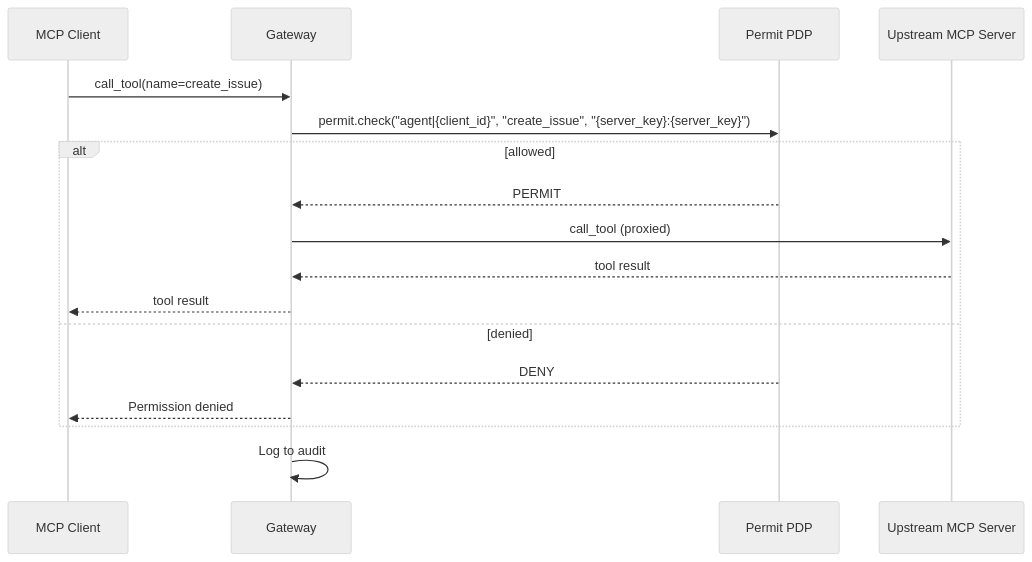
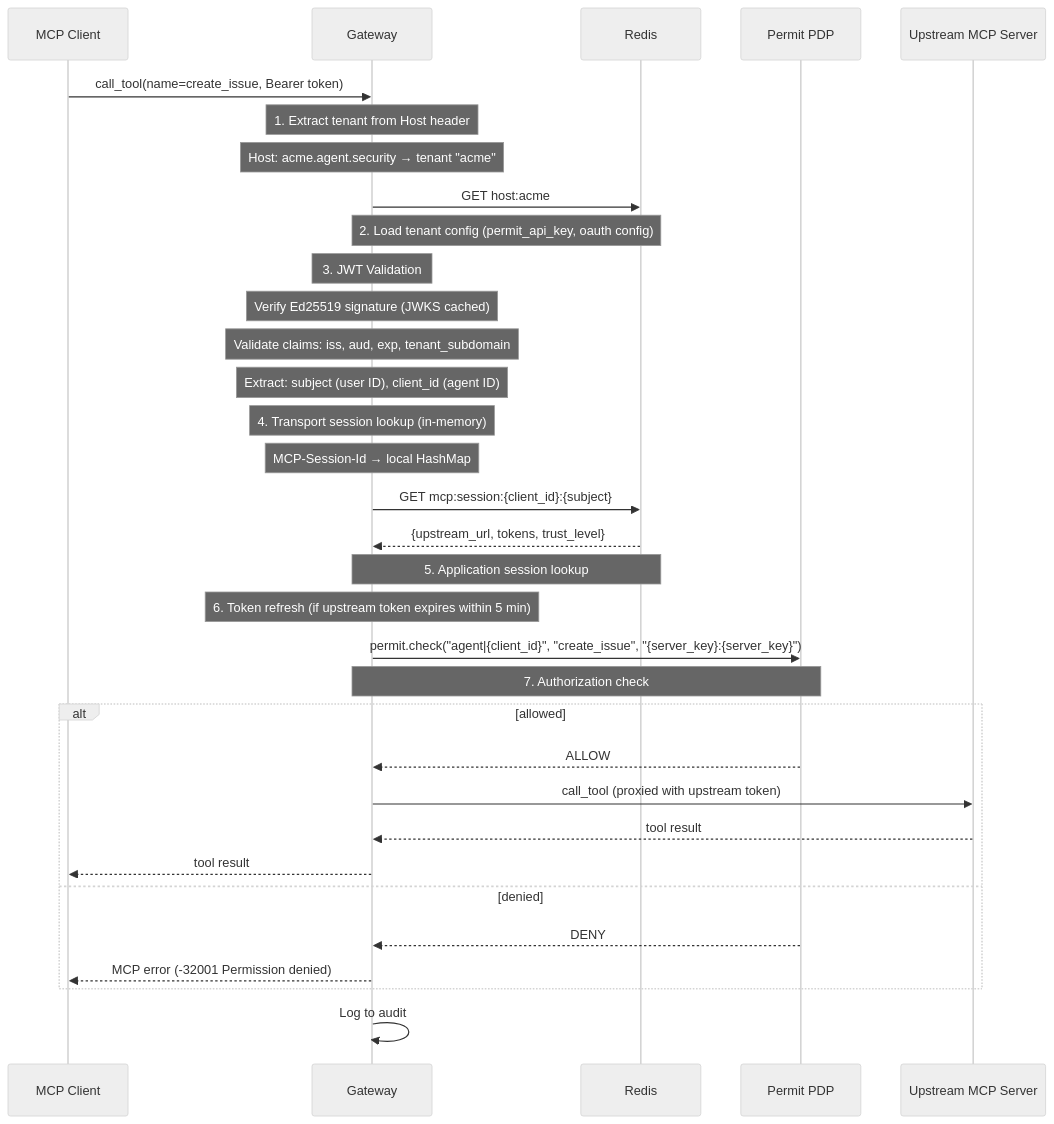
The sixth of 7 diagrams in docs/ai-security/mcp-permissions/architecture.mdx (permitio/docs), drawn with Mermaid (neutral theme) before and after one commit. The commit also changed other lines of this file and 4 other files, not shown here.

````diff
--- a/docs/ai-security/mcp-permissions/architecture.mdx
+++ b/docs/ai-security/mcp-permissions/architecture.mdx
@@ -171,20 +301,44 @@
 ```mermaid
 sequenceDiagram
     participant C as MCP Client
-    participant G as Gateway
-    participant P as Permit PDP
-    participant M as Upstream MCP Server
+    participant GW as Gateway
+    participant R as Redis
+    participant PDP as Permit PDP
+    participant Up as Upstream MCP Server
 
-    C->>G: call_tool(name=create_issue)
-    G->>P: permit.check("agent|{client_id}", "create_issue", "{server_key}:{server_key}")
+    C->>GW: call_tool(name=create_issue, Bearer token)
+
+    Note over GW: 1. Extract tenant from Host header
+    Note over GW: Host: acme.agent.security → tenant "acme"
+
+    GW->>R: GET host:acme
+    Note over GW,R: 2. Load tenant config (permit_api_key, oauth config)
+
+    Note over GW: 3. JWT Validation
+    Note over GW: Verify Ed25519 signature (JWKS cached)
+    Note over GW: Validate claims: iss, aud, exp, tenant_subdomain
+    Note over GW: Extract: subject (user ID), client_id (agent ID)
+
+    Note over GW: 4. Transport session lookup (in-memory)
+    Note over GW: MCP-Session-Id → local HashMap
+
+    GW->>R: GET mcp:session:{client_id}:{subject}
+    R-->>GW: {upstream_url, tokens, trust_level}
+    Note over GW,R: 5. Application session lookup
+
+    Note over GW: 6. Token refresh (if upstream token expires within 5 min)
+
+    GW->>PDP: permit.check("agent|{client_id}", "create_issue", "{server_key}:{server_key}")
+    Note over GW,PDP: 7. Authorization check
+
     alt allowed
-        P-->>G: PERMIT
-        G->>M: call_tool (proxied)
-        M-->>G: tool result
-        G-->>C: tool result
+        PDP-->>GW: ALLOW
+        GW->>Up: call_tool (proxied with upstream token)
+        Up-->>GW: tool result
+        GW-->>C: tool result
     else denied
-        P-->>G: DENY
-        G-->>C: Permission denied
+        PDP-->>GW: DENY
+        GW-->>C: MCP error (-32001 Permission denied)
     end
-    G->>G: Log to audit
+    GW->>GW: Log to audit
 ```
````
